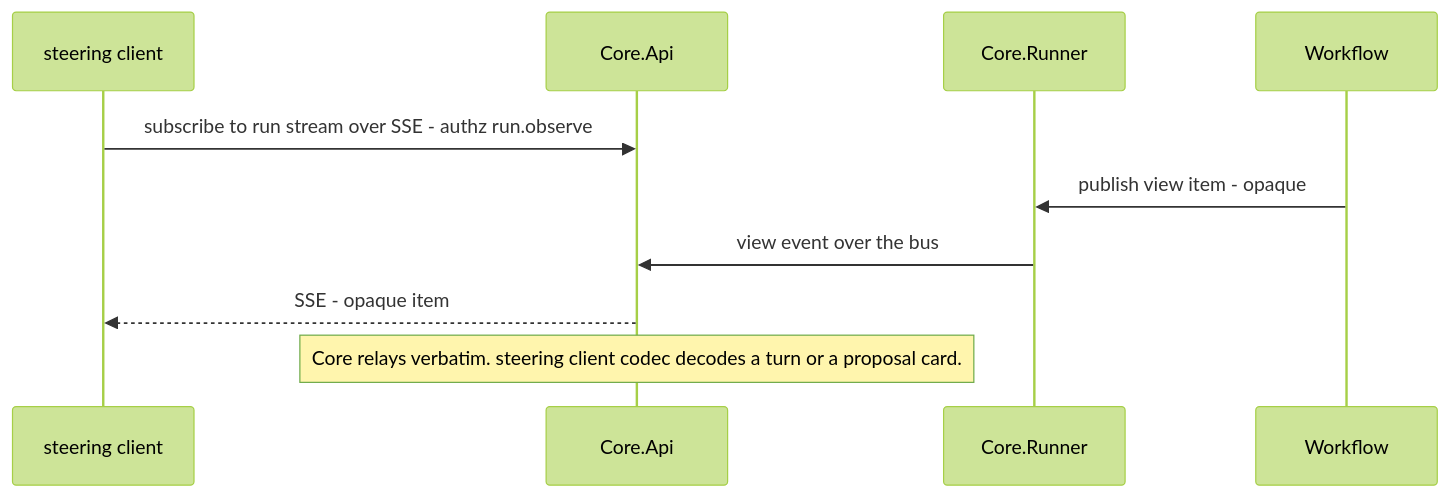
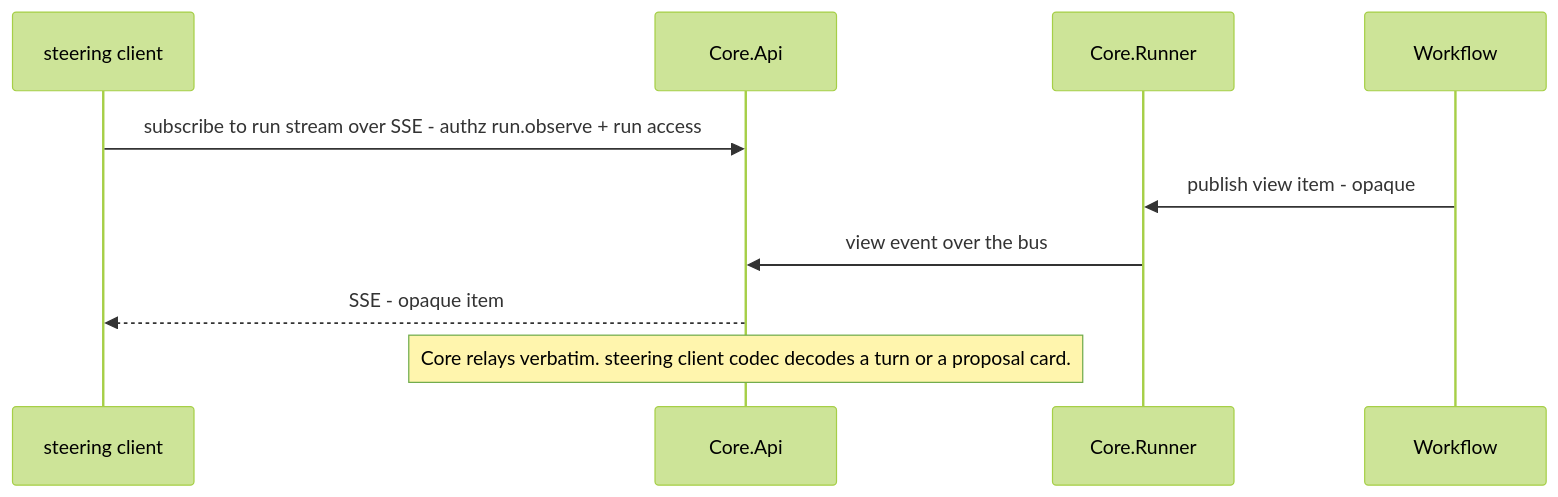
The third of 7 diagrams in docs/steering-client-integration.md (FelixKlakow/Auxilia), drawn with Mermaid (forest theme) before and after one commit. The commit also changed 131 other files, not shown here.

````diff
--- a/docs/steering-client-integration.md
+++ b/docs/steering-client-integration.md
@@ -84,12 +84,12 @@
 ```mermaid
 sequenceDiagram
     participant steering client
     participant CoreApi as Core.Api
     participant Runner as Core.Runner
     participant Workflow
-    steering client->>CoreApi: subscribe to run stream over SSE - authz run.observe
+    steering client->>CoreApi: subscribe to run stream over SSE - authz run.observe + run access
     Workflow->>Runner: publish view item - opaque
     Runner->>CoreApi: view event over the bus
     CoreApi-->>steering client: SSE - opaque item
     Note over CoreApi: Core relays verbatim. steering client codec decodes a turn or a proposal card.
 ```
````
